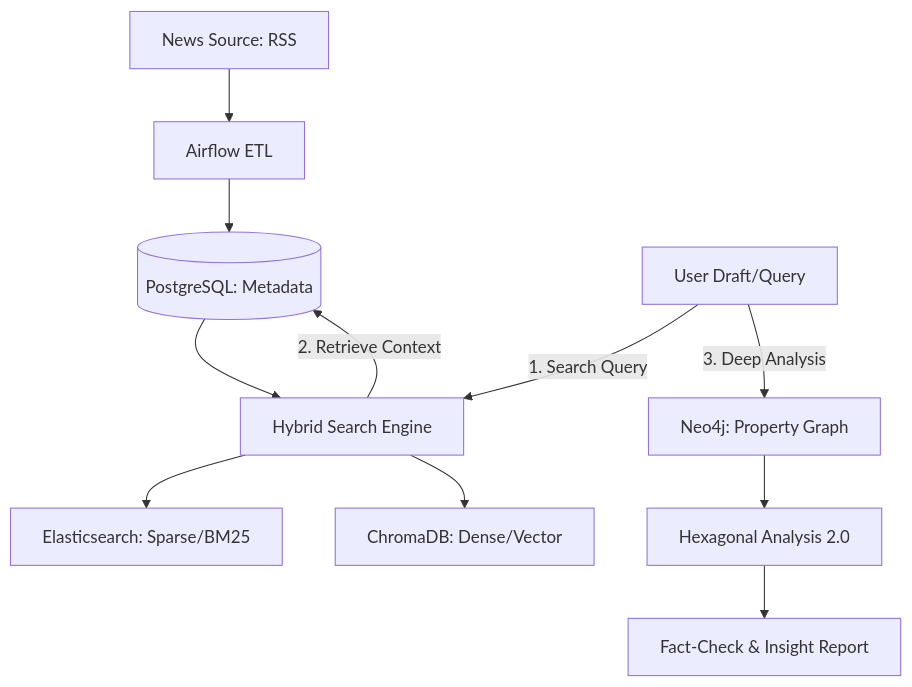
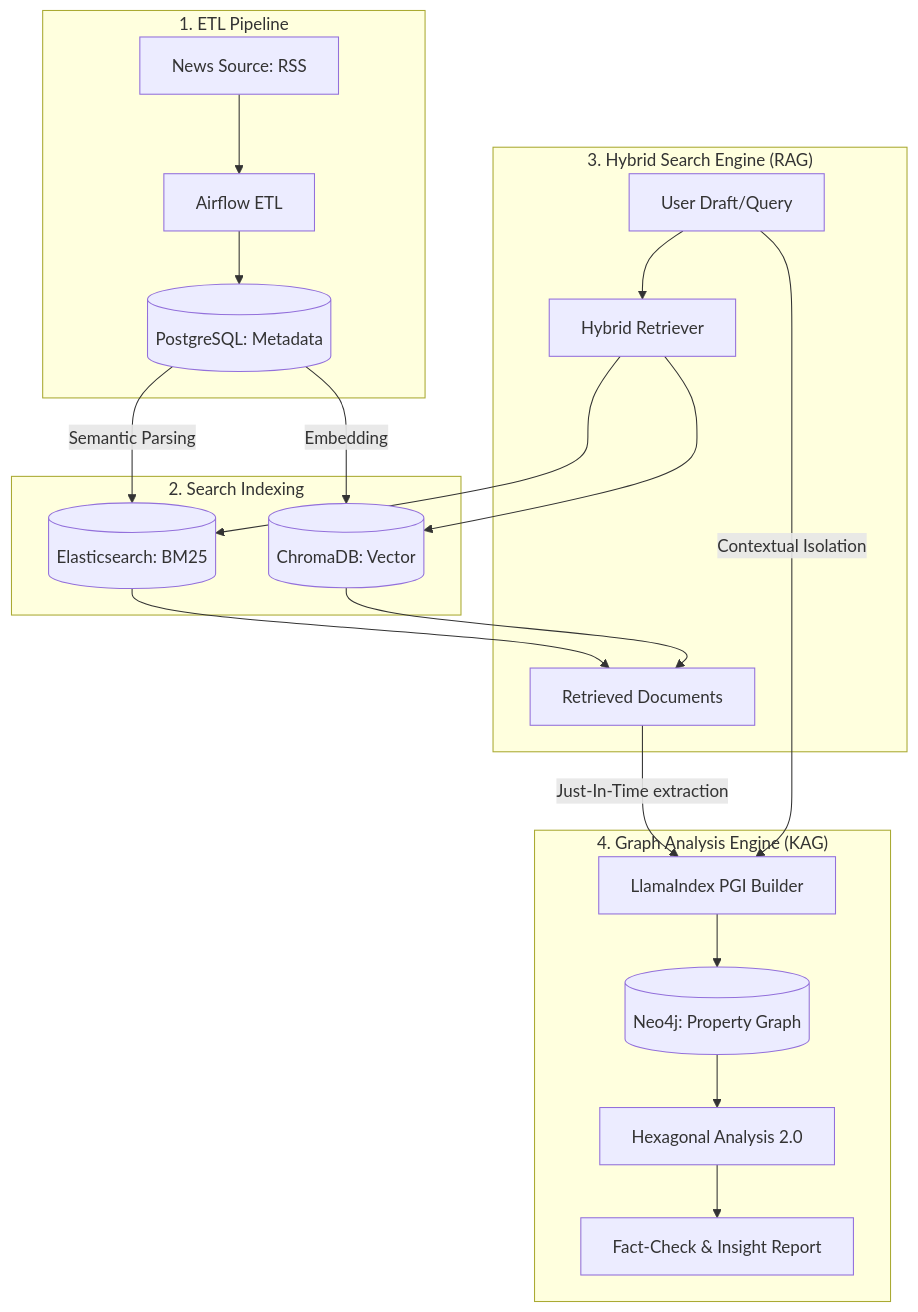
Before and after one commit to hyos0415/KAG_LlamaIndex: the diagram in README.md, drawn with Mermaid. The commit also changed other lines of this file and 1 other file, not shown here.

Commit message:
fix : 머메이드 다이어그램 수정

````diff
--- a/README.md
+++ b/README.md
@@ -12,15 +19,27 @@
 ```mermaid
 graph TD
-    A[News Source: RSS] --> B[Airflow ETL]
-    B --> C[(PostgreSQL: Metadata)]
-    C --> D[Hybrid Search Engine]
-    D --> E[Elasticsearch: Sparse/BM25]
-    D --> F[ChromaDB: Dense/Vector]
-    
-    G[User Draft/Query] -- "1. Search Query" --> D
-    D -- "2. Retrieve Context" --> C
-    G -- "3. Deep Analysis" --> H[Neo4j: Property Graph]
-    
-    H --> I[Hexagonal Analysis 2.0]
-    I --> J[Fact-Check & Insight Report]
+    subgraph "1. ETL Pipeline"
+        A[News Source: RSS] --> B[Airflow ETL]
+        B --> C[(PostgreSQL: Metadata)]
+    end
+
+    subgraph "2. Search Indexing"
+        C -- "Semantic Parsing" --> D[(Elasticsearch: BM25)]
+        C -- "Embedding" --> E[(ChromaDB: Vector)]
+    end
+
+    subgraph "3. Hybrid Search Engine (RAG)"
+        F[User Draft/Query] --> G[Hybrid Retriever]
+        G --> D
+        G --> E
+        D & E --> H[Retrieved Documents]
+    end
+
+    subgraph "4. Graph Analysis Engine (KAG)"
+        H -- "Just-In-Time extraction" --> I[LlamaIndex PGI Builder]
+        F -- "Contextual Isolation" --> I
+        I --> J[(Neo4j: Property Graph)]
+        J --> K[Hexagonal Analysis 2.0]
+        K --> L[Fact-Check & Insight Report]
+    end
 ```
````
